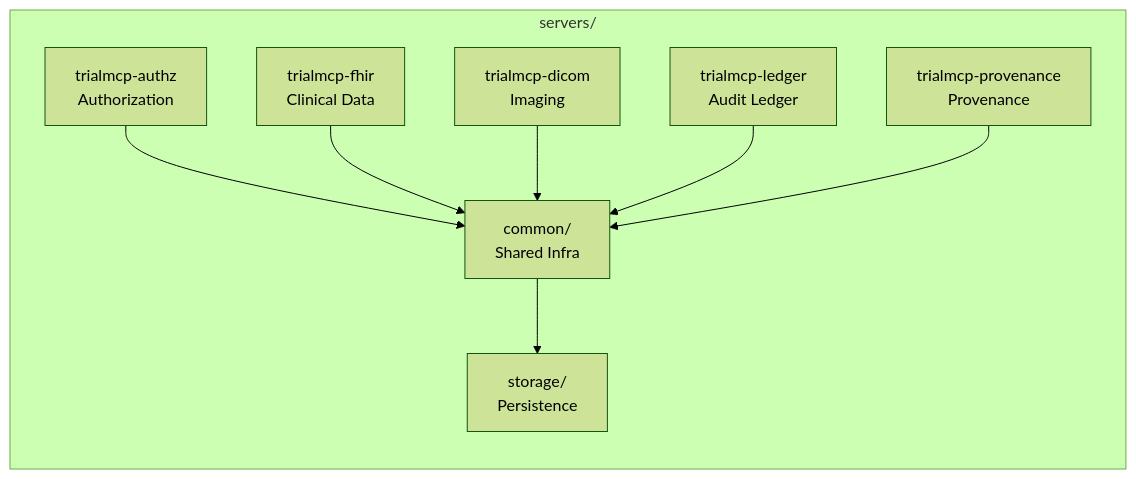
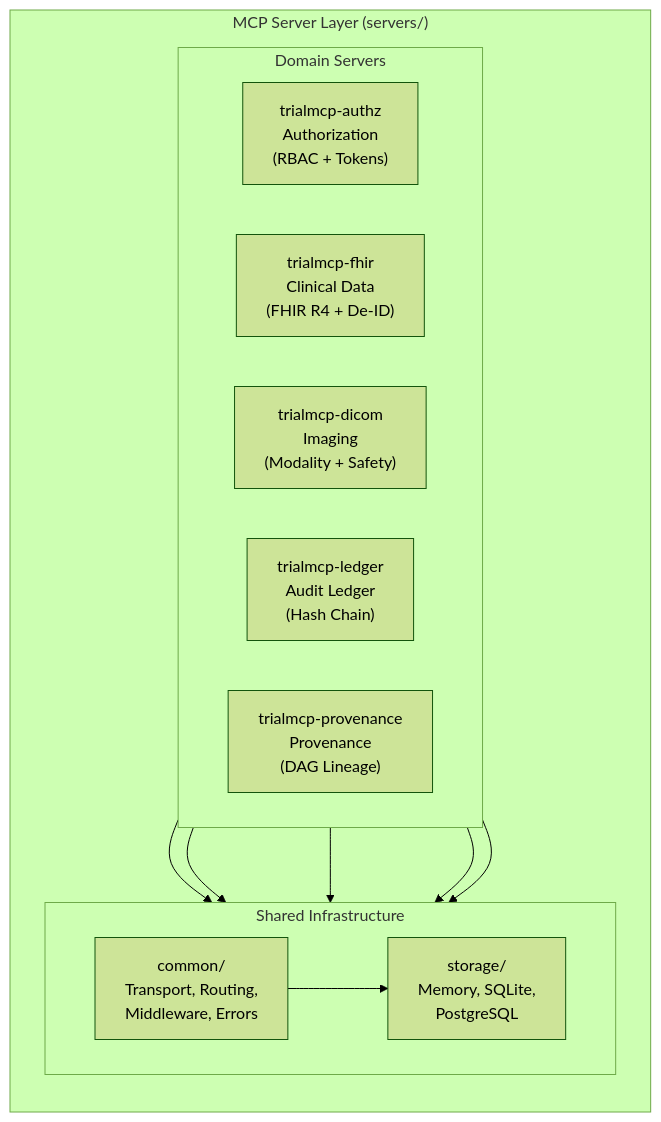
Before and after one commit to kevinkawchak/national-mcp-pai-oncology-trials: the first of 13 diagrams in README.md, drawn with Mermaid (forest theme). The commit also changed other lines of this file and 63 other files, not shown here.

````diff
--- a/README.md
+++ b/README.md
@@ -217,11 +221,25 @@
 ```mermaid
-graph LR
-    subgraph "servers/"
-        A[trialmcp-authz<br/>Authorization] --> C[common/<br/>Shared Infra]
-        B[trialmcp-fhir<br/>Clinical Data] --> C
-        D[trialmcp-dicom<br/>Imaging] --> C
-        E[trialmcp-ledger<br/>Audit Ledger] --> C
-        F[trialmcp-provenance<br/>Provenance] --> C
-        C --> S[storage/<br/>Persistence]
+graph TB
+    subgraph SERVERS["MCP Server Layer (servers/)"]
+        direction TB
+        subgraph DOMAIN["Domain Servers"]
+            direction LR
+            A["trialmcp-authz<br/>Authorization<br/>(RBAC + Tokens)"]
+            B["trialmcp-fhir<br/>Clinical Data<br/>(FHIR R4 + De-ID)"]
+            D["trialmcp-dicom<br/>Imaging<br/>(Modality + Safety)"]
+            E["trialmcp-ledger<br/>Audit Ledger<br/>(Hash Chain)"]
+            F["trialmcp-provenance<br/>Provenance<br/>(DAG Lineage)"]
+        end
+        subgraph INFRA["Shared Infrastructure"]
+            direction LR
+            C["common/<br/>Transport, Routing,<br/>Middleware, Errors"]
+            S["storage/<br/>Memory, SQLite,<br/>PostgreSQL"]
+        end
     end
+    A --> C
+    B --> C
+    D --> C
+    E --> C
+    F --> C
+    C --> S
 ```
````
